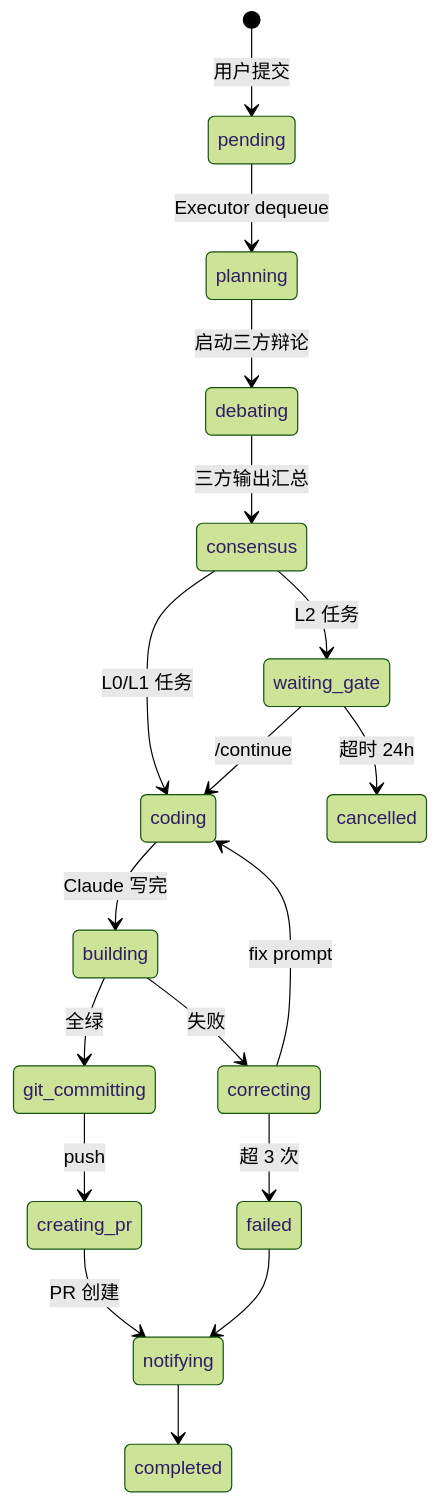
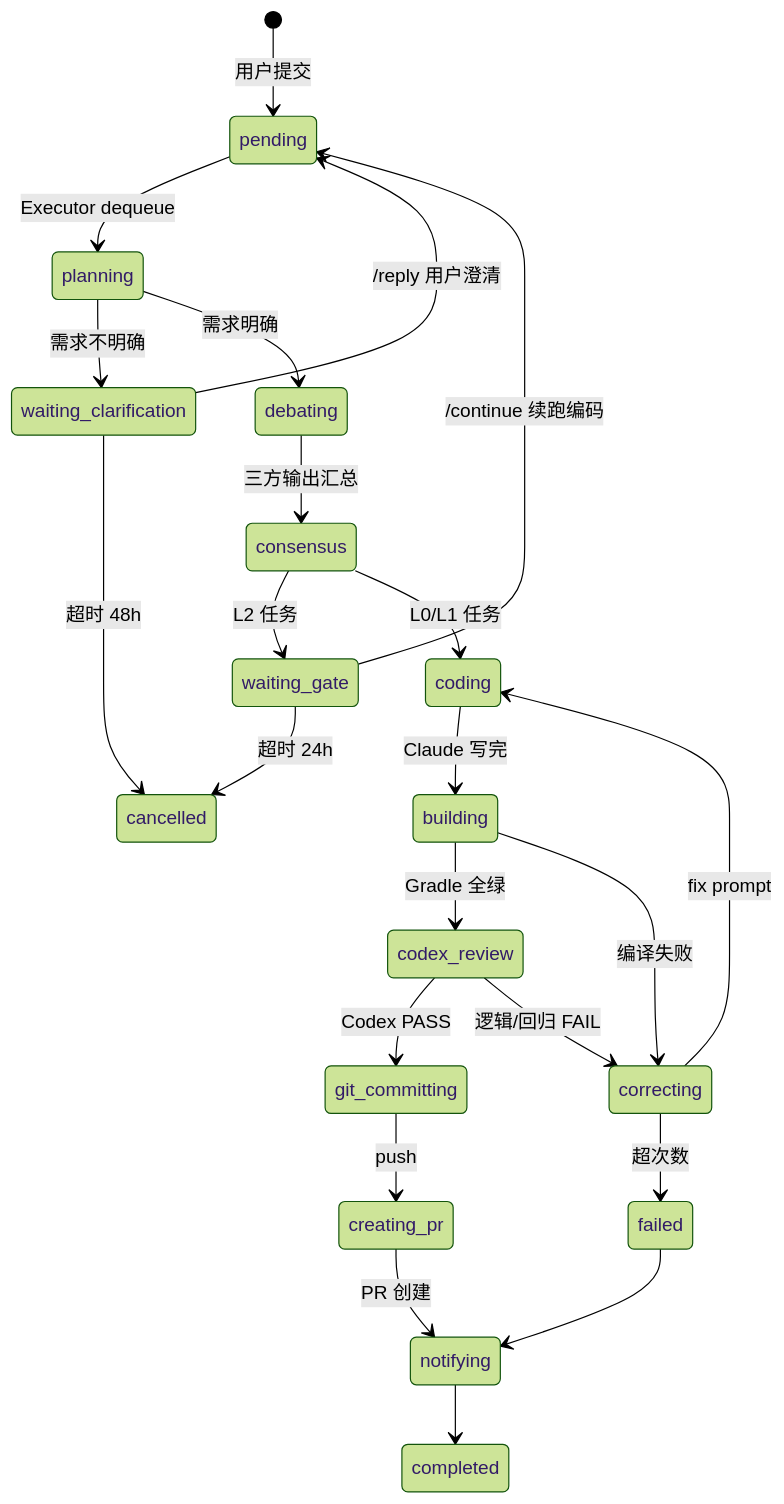
The third of 3 diagrams in ARCHITECTURE_v3.md (TurboSnails/AICodeAgent), drawn with Mermaid (forest theme) before and after one commit. The commit also changed other lines of this file and 6 other files, not shown here.

````diff
--- a/ARCHITECTURE_v3.md
+++ b/ARCHITECTURE_v3.md
@@ -177,20 +177,25 @@
 ```mermaid
 stateDiagram-v2
     [*] --> pending: 用户提交
     pending --> planning: Executor dequeue
-    planning --> debating: 启动三方辩论
+    planning --> waiting_clarification: 需求不明确
+    planning --> debating: 需求明确
+    waiting_clarification --> pending: /reply 用户澄清
+    waiting_clarification --> cancelled: 超时 48h
     debating --> consensus: 三方输出汇总
     consensus --> waiting_gate: L2 任务
     consensus --> coding: L0/L1 任务
-    waiting_gate --> coding: /continue
+    waiting_gate --> pending: /continue 续跑编码
     waiting_gate --> cancelled: 超时 24h
     coding --> building: Claude 写完
-    building --> git_committing: 全绿
-    building --> correcting: 失败
+    building --> codex_review: Gradle 全绿
+    building --> correcting: 编译失败
+    codex_review --> git_committing: Codex PASS
+    codex_review --> correcting: 逻辑/回归 FAIL
     correcting --> coding: fix prompt
-    correcting --> failed: 超 3 次
+    correcting --> failed: 超次数
     git_committing --> creating_pr: push
     creating_pr --> notifying: PR 创建
     notifying --> completed
     failed --> notifying
 ```
````
